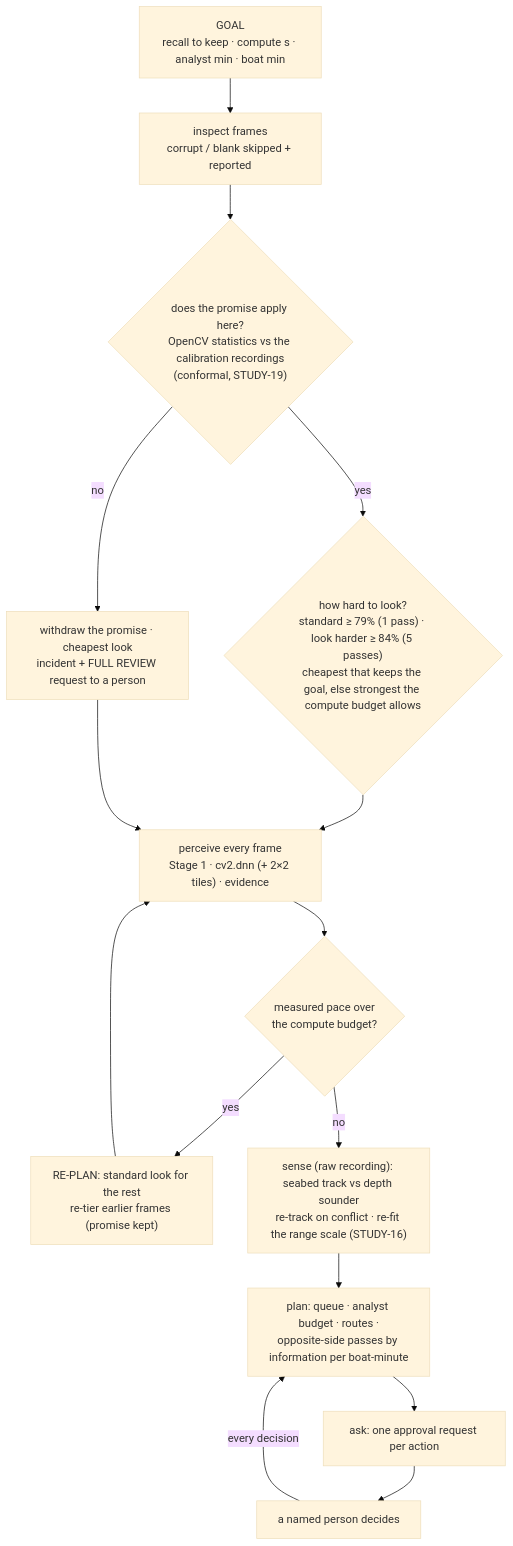
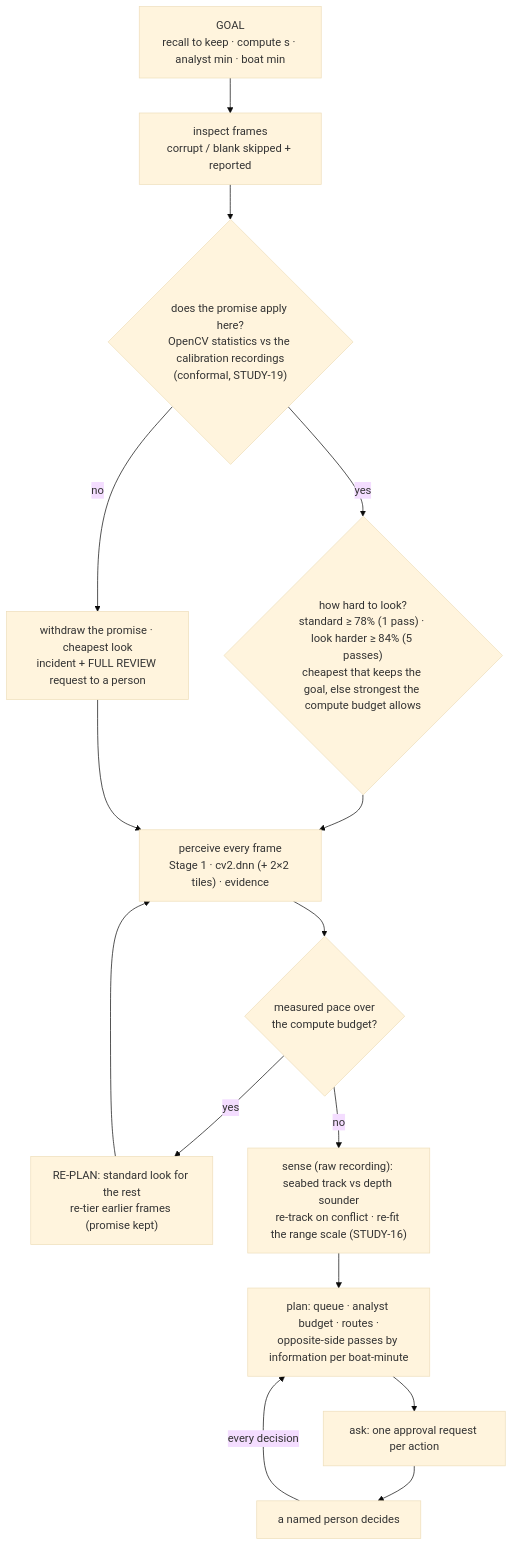
One commit to madhesh60/depth changed the first of 3 diagrams in docs/agentic_vision.md. Above: the diagram before and after it, drawn with Mermaid (base theme). The commit also changed other lines of this file and 22 other files, not shown here.

````diff
--- a/docs/agentic_vision.md
+++ b/docs/agentic_vision.md
@@ -22,17 +22,17 @@
 ```mermaid
 flowchart TD
   G["GOAL<br/>recall to keep · compute s · analyst min · boat min"] --> I["inspect frames<br/>corrupt / blank skipped + reported"]
   I --> A{"does the promise apply here?<br/>OpenCV statistics vs the calibration recordings<br/>(conformal, STUDY-19)"}
   A -->|"no"| W["withdraw the promise · cheapest look<br/>incident + FULL REVIEW request to a person"]
-  A -->|"yes"| M{"how hard to look?<br/>standard ≥ 79% (1 pass) · look harder ≥ 84% (5 passes)<br/>cheapest that keeps the goal, else strongest the compute budget allows"}
+  A -->|"yes"| M{"how hard to look?<br/>standard ≥ 78% (1 pass) · look harder ≥ 84% (5 passes)<br/>cheapest that keeps the goal, else strongest the compute budget allows"}
   M --> P["perceive every frame<br/>Stage 1 · cv2.dnn (+ 2×2 tiles) · evidence"]
   W --> P
   P --> B{"measured pace over<br/>the compute budget?"}
   B -->|"yes"| R["RE-PLAN: standard look for the rest<br/>re-tier earlier frames (promise kept)"]
   R --> P
   B -->|"no"| S["sense (raw recording): seabed track vs depth sounder<br/>re-track on conflict · re-fit the range scale (STUDY-16)"]
   S --> L["plan: queue · analyst budget · routes ·<br/>opposite-side passes by information per boat-minute"]
   L --> H["ask: one approval request per action"]
   H --> D["a named person decides"]
   D -->|"every decision"| L
 ```
````
